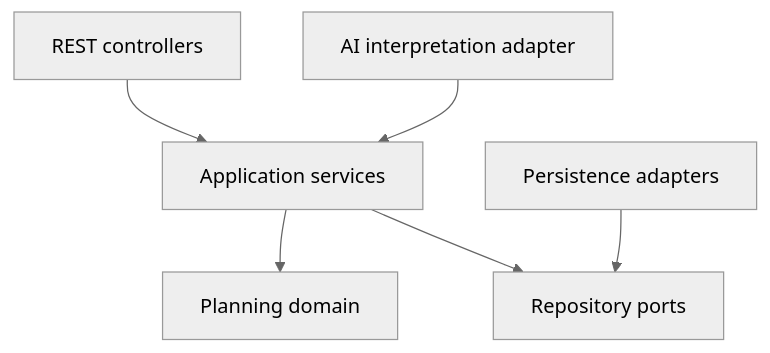
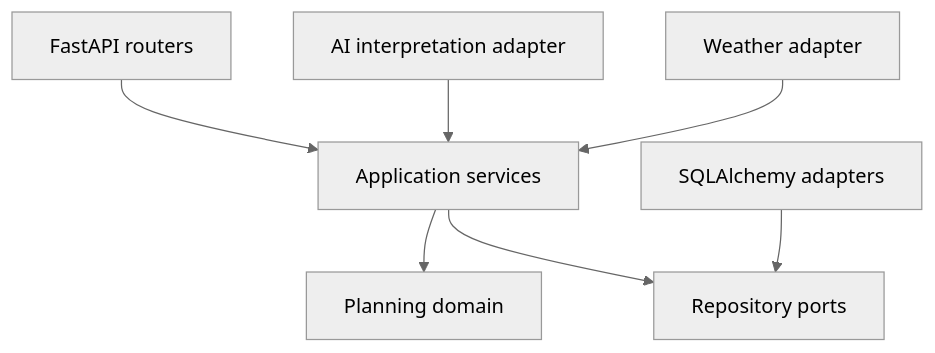
Before and after one commit to Plaminh/Blooming: the third of 5 diagrams in docs/06-architecture/container-component.md, drawn with Mermaid (neutral theme). The commit also changed other lines of this file and 30 other files, not shown here.

````diff
--- a/docs/06-architecture/container-component.md
+++ b/docs/06-architecture/container-component.md
@@ -44,8 +51,9 @@
 ```mermaid
 flowchart TD
-    Controller["REST controllers"] --> AppService["Application services"]
+    Router["FastAPI routers"] --> AppService["Application services"]
     AppService --> Domain["Planning domain"]
     AppService --> Repository["Repository ports"]
-    Adapter["Persistence adapters"] --> Repository
+    Adapter["SQLAlchemy adapters"] --> Repository
     AI["AI interpretation adapter"] --> AppService
+    WX["Weather adapter"] --> AppService
 ```
````
